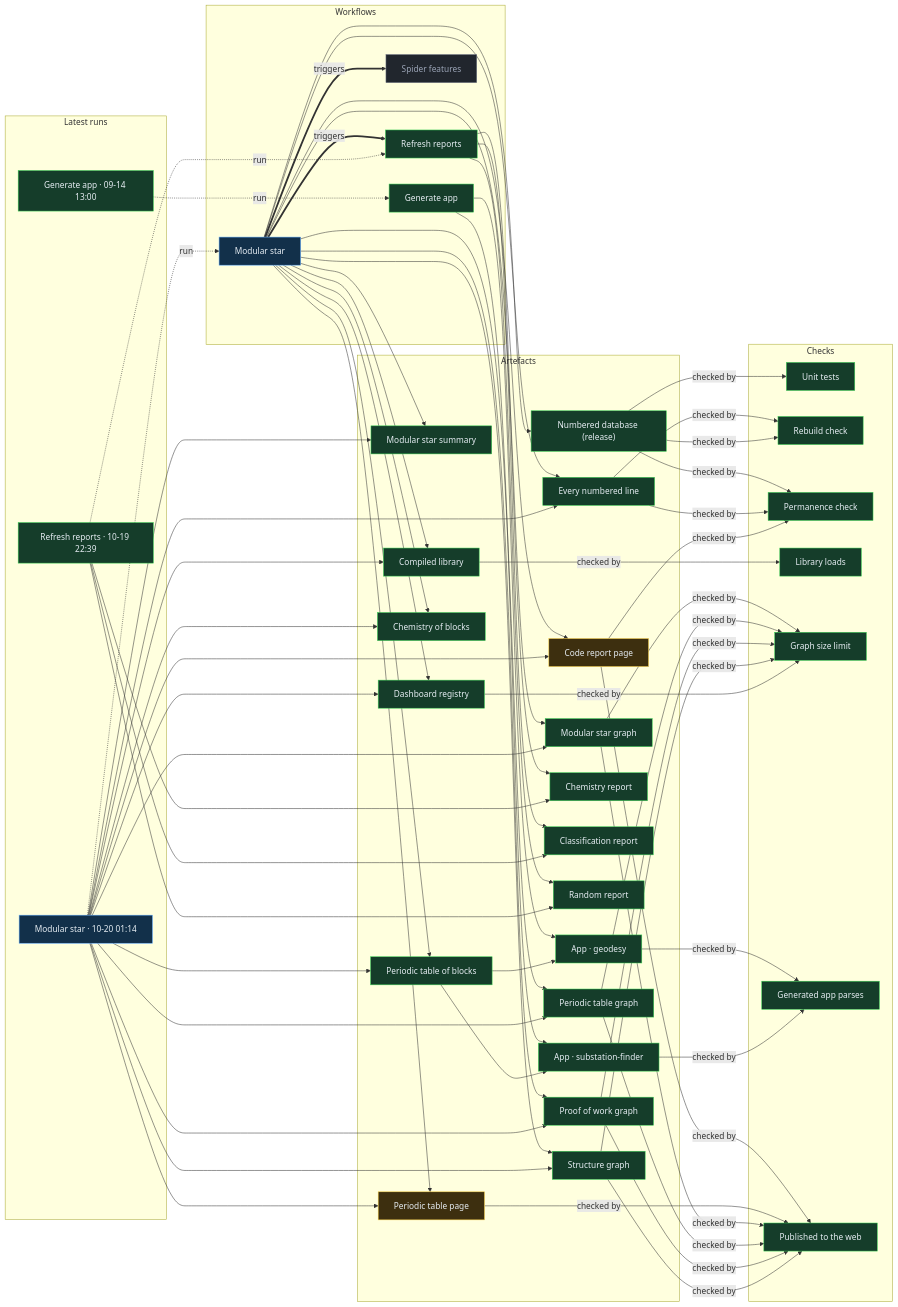
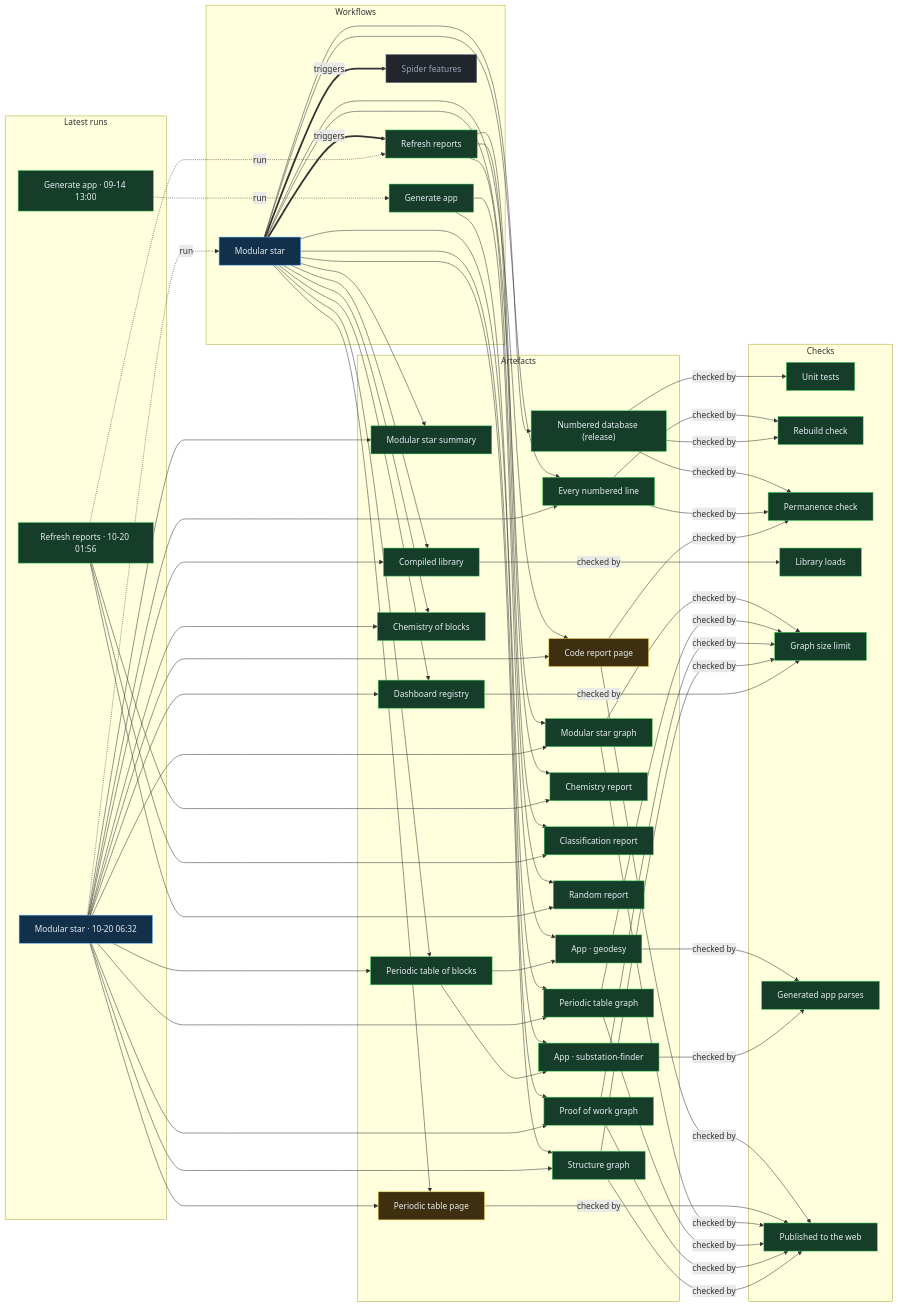
The diagram in proof/PROOF.md (Ventusltd/stars), drawn with Mermaid before and after one commit. The commit also changed other lines of this file and 43 other files, not shown here.

Commit message:
Modular star 2026-10-20T06:35Z

```diff
--- a/proof/PROOF.md
+++ b/proof/PROOF.md
@@ -24,8 +24,8 @@
   n_wf_spider_features["Spider features"]:::off
   end
   subgraph g_runs["Latest runs"]
-  n_run_39352281063["Modular star · 10-20 01:14"]:::live
-  n_run_39336467399["Refresh reports · 10-19 22:39"]:::ok
+  n_run_39380990822["Modular star · 10-20 06:32"]:::live
+  n_run_39356176998["Refresh reports · 10-20 01:56"]:::ok
   n_run_34846587798["Generate app · 09-14 13:00"]:::ok
   end
   subgraph g_artefacts["Artefacts"]
@@ -59,39 +59,39 @@
   end
   n_wf_modular_star == triggers ==> n_wf_refresh
   n_wf_modular_star == triggers ==> n_wf_spider_features
-  n_run_39352281063 -. run .-> n_wf_modular_star
-  n_run_39336467399 -. run .-> n_wf_refresh
+  n_run_39380990822 -. run .-> n_wf_modular_star
+  n_run_39356176998 -. run .-> n_wf_refresh
   n_run_34846587798 -. run .-> n_wf_generate
   n_wf_modular_star --> n_art_summary
-  n_run_39352281063 --> n_art_summary
+  n_run_39380990822 --> n_art_summary
   n_wf_modular_star --> n_art_lines
-  n_run_39352281063 --> n_art_lines
+  n_run_39380990822 --> n_art_lines
   n_wf_modular_star --> n_art_code
-  n_run_39352281063 --> n_art_code
+  n_run_39380990822 --> n_art_code
   n_wf_modular_star --> n_art_modular_graph
-  n_run_39352281063 --> n_art_modular_graph
+  n_run_39380990822 --> n_art_modular_graph
   n_wf_modular_star --> n_art_blocks
-  n_run_39352281063 --> n_art_blocks
+  n_run_39380990822 --> n_art_blocks
   n_wf_modular_star --> n_art_table
-  n_run_39352281063 --> n_art_table
+  n_run_39380990822 --> n_art_table
   n_wf_modular_star --> n_art_blocks_graph
-  n_run_39352281063 --> n_art_blocks_graph
+  n_run_39380990822 --> n_art_blocks_graph
   n_wf_modular_star --> n_art_reactions
-  n_run_39352281063 --> n_art_reactions
+  n_run_39380990822 --> n_art_reactions
   n_wf_modular_star --> n_art_library
-  n_run_39352281063 --> n_art_library
+  n_run_39380990822 --> n_art_library
   n_wf_modular_star --> n_art_features
-  n_run_39352281063 --> n_art_features
+  n_run_39380990822 --> n_art_features
   n_wf_modular_star --> n_art_proof
-  n_run_39352281063 --> n_art_proof
+  n_run_39380990822 --> n_art_proof
   n_wf_modular_star --> n_art_structure
-  n_run_39352281063 --> n_art_structure
+  n_run_39380990822 --> n_art_structure
   n_wf_refresh --> n_art_chemistry
-  n_run_39336467399 --> n_art_chemistry
+  n_run_39356176998 --> n_art_chemistry
   n_wf_refresh --> n_art_vedic
-  n_run_39336467399 --> n_art_vedic
+  n_run_39356176998 --> n_art_vedic
   n_wf_refresh --> n_art_random
-  n_run_39336467399 --> n_art_random
+  n_run_39356176998 --> n_art_random
   n_wf_modular_star --> n_art_release
   n_wf_generate --> n_app_geodesy
   n_art_blocks --> n_app_geodesy
```
